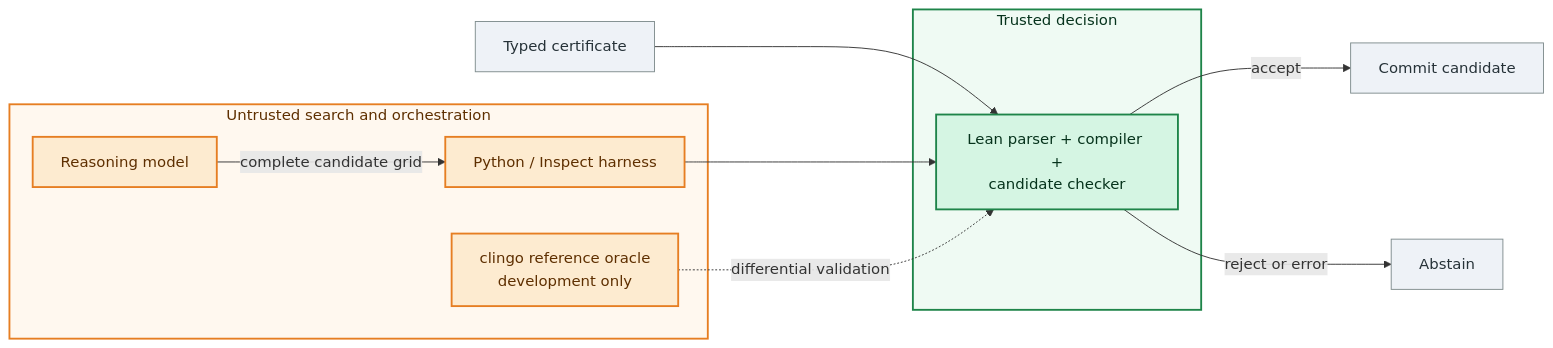
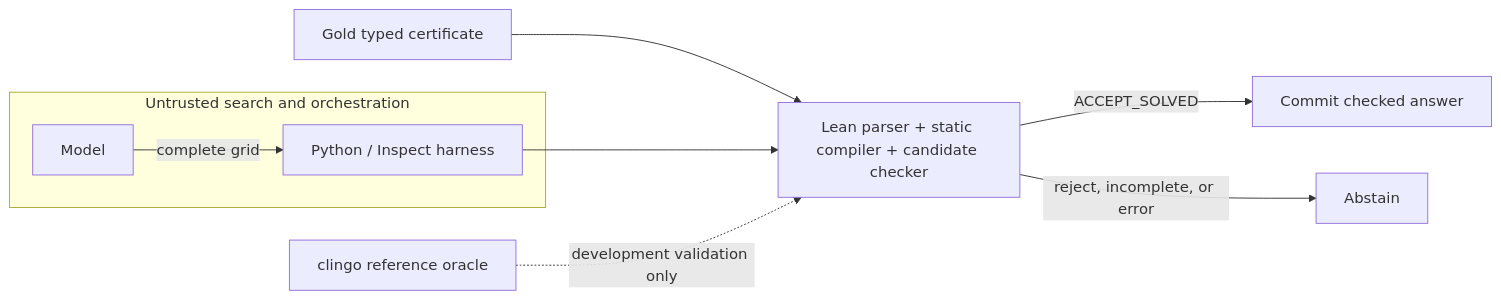
Before and after one commit to shikivaahan/sparse-ir-lean: the diagram in README.md, drawn with Mermaid. The commit also changed other lines of this file and 5 other files, not shown here.

````diff
--- a/README.md
+++ b/README.md
@@ -134,26 +33,11 @@
 ```mermaid
 flowchart LR
-    classDef trusted fill:#d5f5e3,stroke:#1e8449,stroke-width:2px,color:#06331c
-    classDef untrusted fill:#fdebd0,stroke:#e67e22,stroke-width:2px,color:#5e2f00
-    classDef neutral fill:#eef2f7,stroke:#7f8c8d,color:#263238
-
-    subgraph U["Untrusted search and orchestration"]
-        M[Reasoning model]
-        P[Python / Inspect harness]
-        C[clingo reference oracle<br/>development only]
+    G[Gold typed certificate] --> L
+    subgraph U[Untrusted search and orchestration]
+        M[Model] -->|complete grid| P[Python / Inspect harness]
     end
-    subgraph T["Trusted decision"]
-        L[Lean parser + compiler +<br/>candidate checker]
-    end
-    CERT[Typed certificate] --> L
-    M -->|complete candidate grid| P --> L
-    L -->|accept| COMMIT[Commit candidate]
-    L -->|reject or error| ABSTAIN[Abstain]
-    C -.->|differential validation| L
-
-    class M,P,C untrusted
-    class L trusted
-    class CERT,COMMIT,ABSTAIN neutral
-    style U fill:#fff8ef,stroke:#e67e22,stroke-width:2px,color:#5e2f00
-    style T fill:#effaf3,stroke:#1e8449,stroke-width:2px,color:#06331c
+    P --> L[Lean parser + static compiler + candidate checker]
+    L -->|ACCEPT_SOLVED| C[Commit checked answer]
+    L -->|reject, incomplete, or error| A[Abstain]
+    O[clingo reference oracle] -. development validation only .-> L
 ```
````
